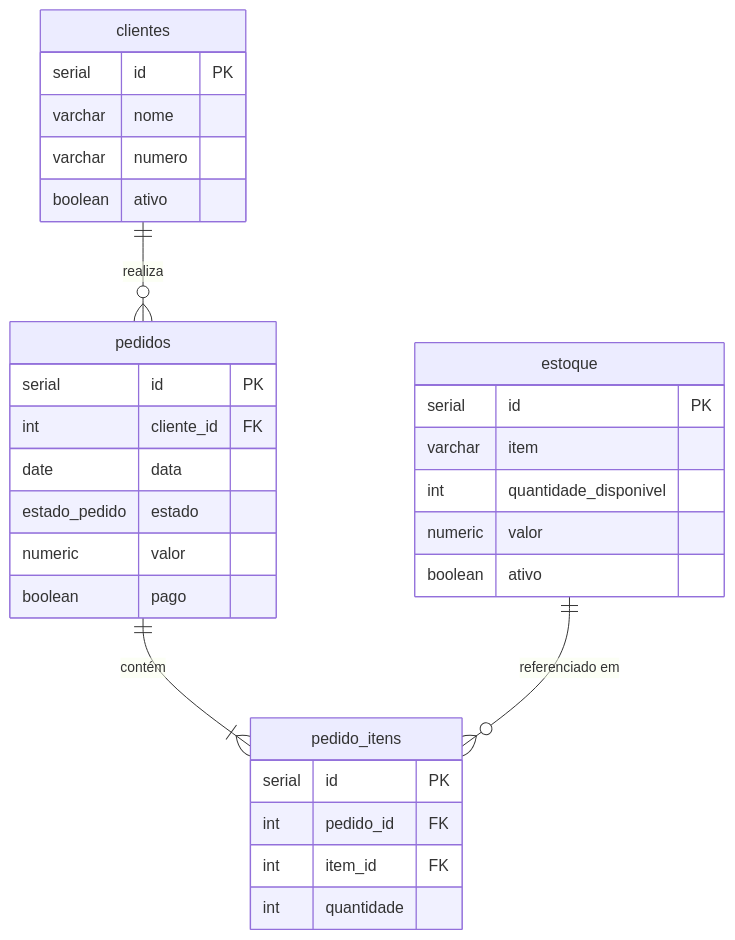
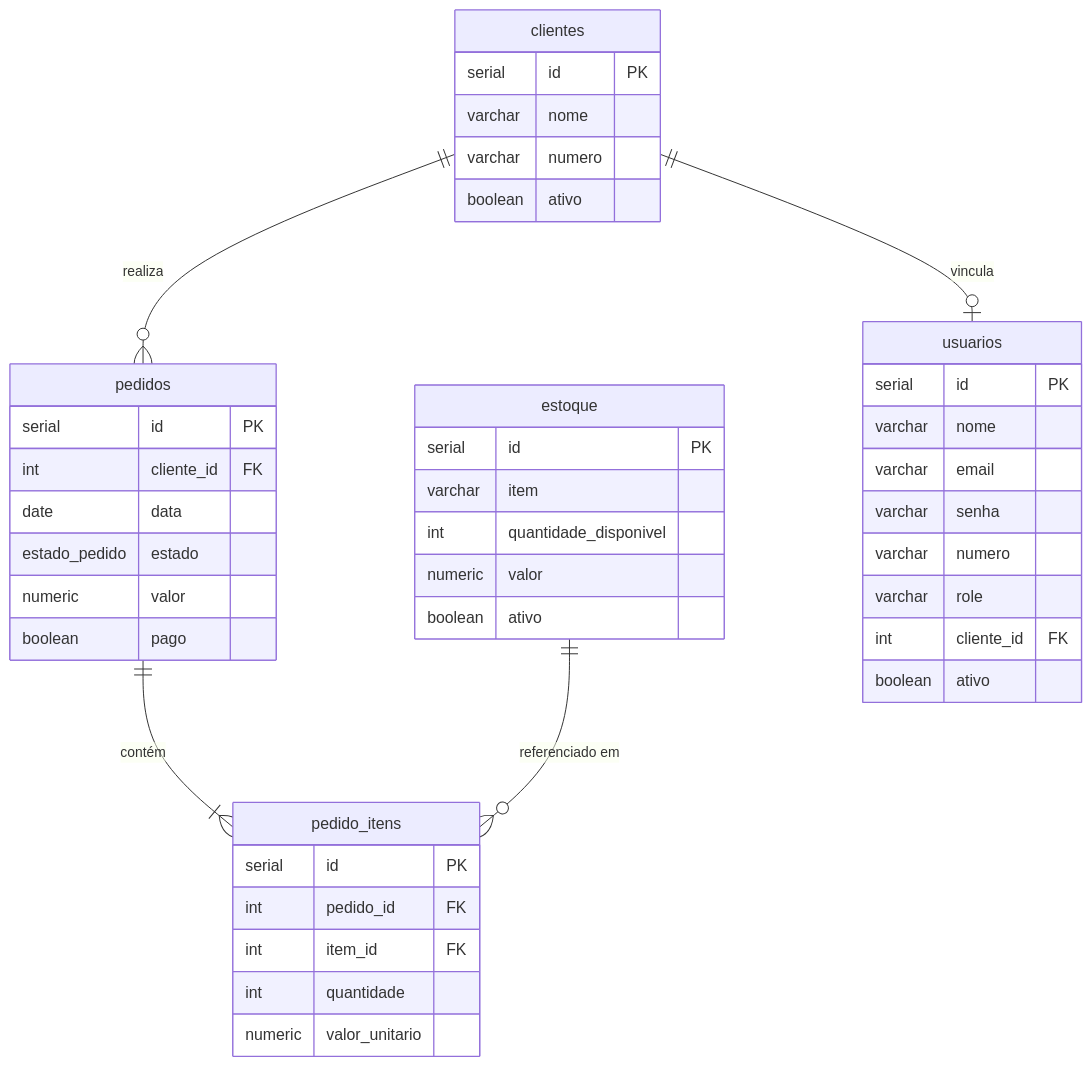
Before and after one commit to annefernandess/marmitaria-db: the first of 2 diagrams in README.md, drawn with Mermaid. The commit also changed other lines of this file, not shown here.

Commit message:
atualizando UML do banco por conta do cadastro :)

````diff
--- a/README.md
+++ b/README.md
@@ -69,37 +69,50 @@
 ```mermaid
 erDiagram
     clientes {
         serial  id     PK
         varchar nome
         varchar numero
         boolean ativo
     }
 
     pedidos {
         serial        id         PK
         int           cliente_id FK
         date          data
         estado_pedido estado
         numeric       valor
         boolean       pago
     }
 
     pedido_itens {
-        serial id        PK
-        int    pedido_id FK
-        int    item_id   FK
-        int    quantidade
+        serial  id             PK
+        int     pedido_id      FK
+        int     item_id        FK
+        int     quantidade
+        numeric valor_unitario
     }
 
     estoque {
         serial  id                    PK
         varchar item
         int     quantidade_disponivel
         numeric valor
         boolean ativo
     }
 
+    usuarios {
+        serial  id         PK
+        varchar nome
+        varchar email
+        varchar senha
+        varchar numero
+        varchar role
+        int     cliente_id FK
+        boolean ativo
+    }
+
     clientes    ||--o{ pedidos      : "realiza"
     pedidos     ||--|{ pedido_itens : "contém"
     estoque     ||--o{ pedido_itens : "referenciado em"
+    clientes    ||--o| usuarios     : "vincula"
 ```
````
